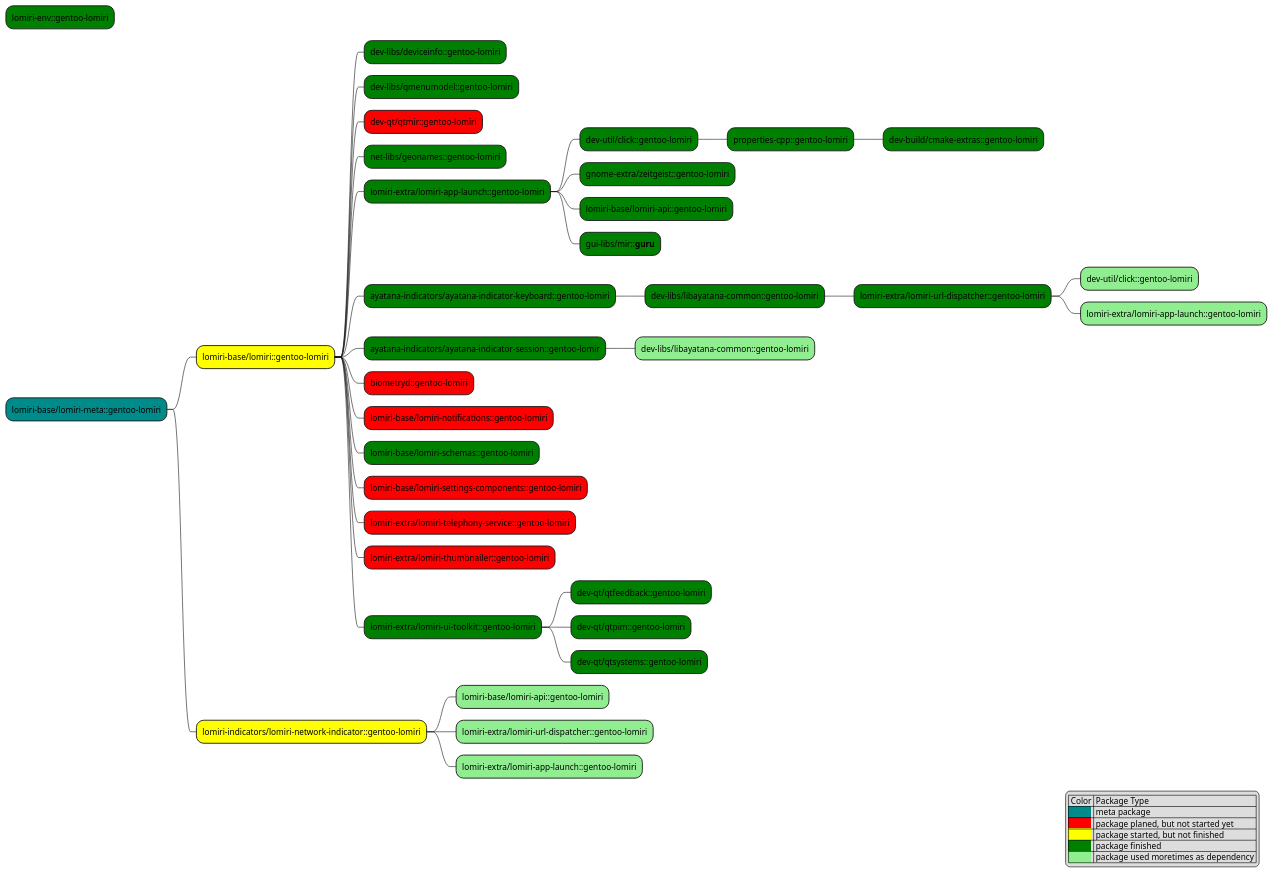
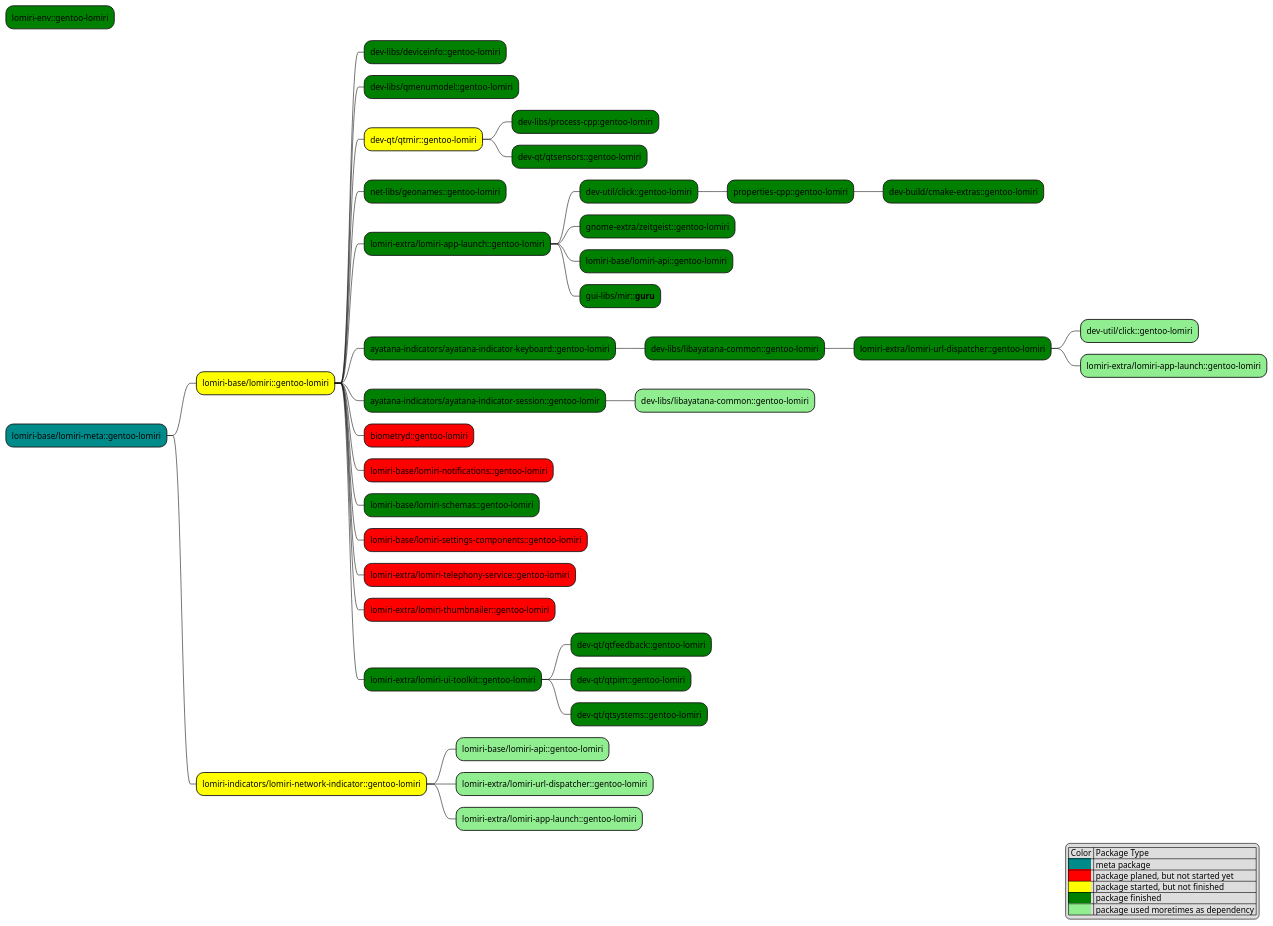
The diagram in docs/lomiri-packages.plantuml (renegart/gentoo-lomiri), drawn with PlantUML before and after one commit. The commit also changed 2 other files, not shown here.

Commit message:
dev-libs/process-cpp: added package

```diff
--- a/docs/lomiri-packages.plantuml
+++ b/docs/lomiri-packages.plantuml
@@ -1,47 +1,49 @@
 @startmindmap package dependencies
 legend right
     | Color | Package Type |
     |<back:DarkCyan>          </back>| meta package|
     |<back:red>          </back>| package planed, but not started yet|
     |<back:yellow>          </back>| package started, but not finished|
     |<back:green>          </back>| package finished|
     |<back:lightgreen>          </back>| package used moretimes as dependency |
 endlegend
 
 *[#green] lomiri-env::gentoo-lomiri
 *[#DarkCyan] lomiri-base/lomiri-meta::gentoo-lomiri
   *[#yellow] lomiri-base/lomiri::gentoo-lomiri
     *[#green] dev-libs/deviceinfo::gentoo-lomiri
     *[#green] dev-libs/qmenumodel::gentoo-lomiri
-    *[#red] dev-qt/qtmir::gentoo-lomiri
+    *[#yellow] dev-qt/qtmir::gentoo-lomiri
+      *[#green] dev-libs/process-cpp:gentoo-lomiri
+      *[#green] dev-qt/qtsensors::gentoo-lomiri
     *[#green] net-libs/geonames::gentoo-lomiri
     *[#green] lomiri-extra/lomiri-app-launch::gentoo-lomiri
       *[#green] dev-util/click::gentoo-lomiri
         *[#green] properties-cpp::gentoo-lomiri
           *[#green] dev-build/cmake-extras::gentoo-lomiri
       *[#green] gnome-extra/zeitgeist::gentoo-lomiri
       *[#green] lomiri-base/lomiri-api::gentoo-lomiri
       *[#green] gui-libs/mir::**guru**
     *[#green] ayatana-indicators/ayatana-indicator-keyboard::gentoo-lomiri
       *[#green] dev-libs/libayatana-common::gentoo-lomiri
         *[#green] lomiri-extra/lomiri-url-dispatcher::gentoo-lomiri
           *[#lightgreen] dev-util/click::gentoo-lomiri
           *[#lightgreen] lomiri-extra/lomiri-app-launch::gentoo-lomiri
     *[#green] ayatana-indicators/ayatana-indicator-session::gentoo-lomir
       *[#lightgreen] dev-libs/libayatana-common::gentoo-lomiri
     *[#red] biometryd::gentoo-lomiri
     *[#red] lomiri-base/lomiri-notifications::gentoo-lomiri
     *[#green] lomiri-base/lomiri-schemas::gentoo-lomiri
     *[#red] lomiri-base/lomiri-settings-components::gentoo-lomiri
     *[#red] lomiri-extra/lomiri-telephony-service::gentoo-lomiri
     *[#red] lomiri-extra/lomiri-thumbnailer::gentoo-lomiri
     *[#green] lomiri-extra/lomiri-ui-toolkit::gentoo-lomiri
       *[#green] dev-qt/qtfeedback::gentoo-lomiri
       *[#green] dev-qt/qtpim::gentoo-lomiri
       *[#green] dev-qt/qtsystems::gentoo-lomiri
   *[#yellow] lomiri-indicators/lomiri-network-indicator::gentoo-lomiri
     *[#lightgreen] lomiri-base/lomiri-api::gentoo-lomiri
     *[#lightgreen] lomiri-extra/lomiri-url-dispatcher::gentoo-lomiri
     *[#lightgreen] lomiri-extra/lomiri-app-launch::gentoo-lomiri
 
 @endmindmap
```
